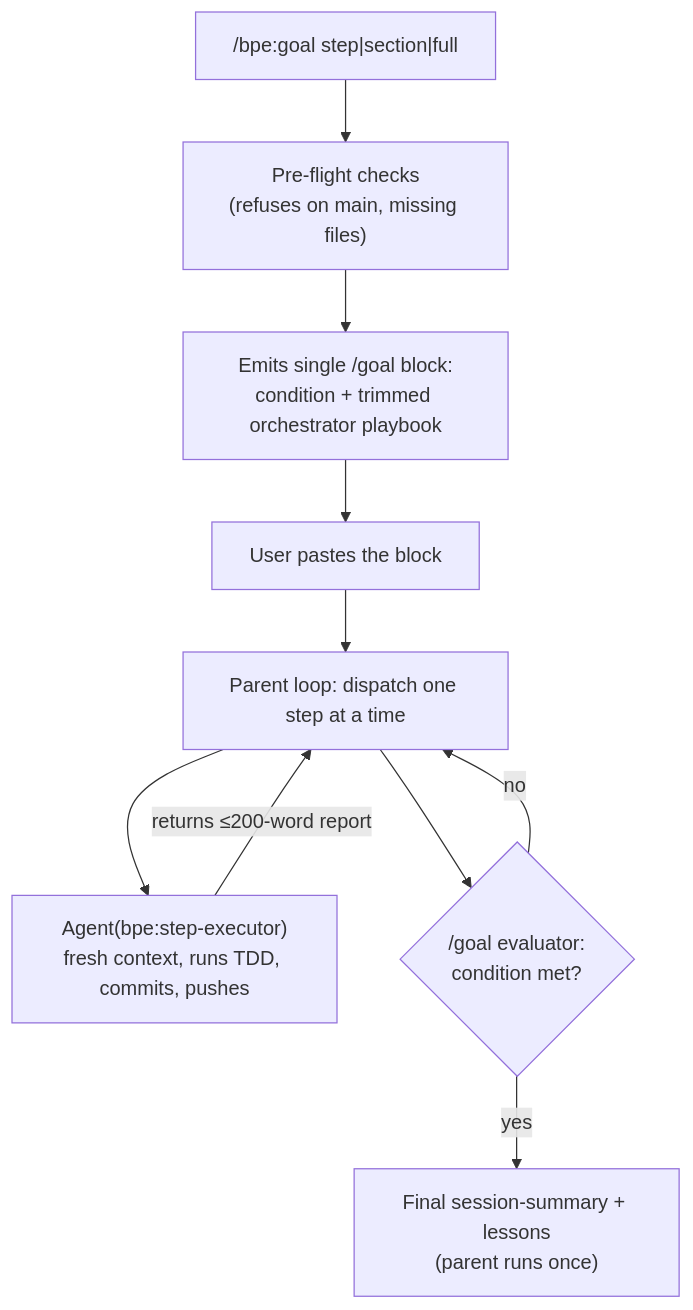
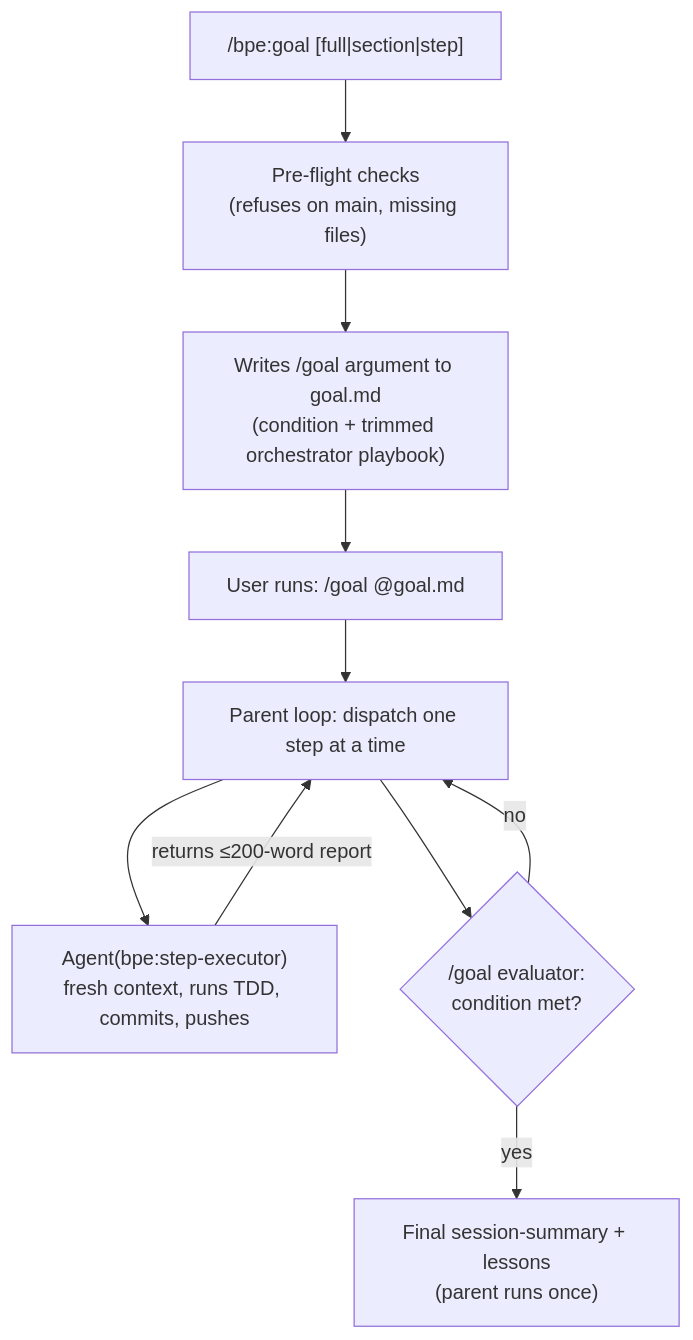
One commit to MasonEgger/claude-code-plugin changed the diagram in bpe/README.md. Above: the diagram before and after it, drawn with Mermaid. The commit also changed other lines of this file and 4 other files, not shown here.

First line of the commit message:
bpe: /bpe:goal writes to goal.md, defaults to full (0.4.8) (#13)

````diff
--- a/bpe/README.md
+++ b/bpe/README.md
@@ -48,12 +48,12 @@
 ```mermaid
 flowchart TD
-    A["/bpe:goal step|section|full"] --> B["Pre-flight checks<br/>(refuses on main, missing files)"]
-    B --> C["Emits single /goal block:<br/>condition + trimmed orchestrator playbook"]
-    C --> D["User pastes the block"]
+    A["/bpe:goal [full|section|step]"] --> B["Pre-flight checks<br/>(refuses on main, missing files)"]
+    B --> C["Writes /goal argument to goal.md<br/>(condition + trimmed orchestrator playbook)"]
+    C --> D["User runs: /goal @goal.md"]
     D --> E["Parent loop: dispatch one step at a time"]
     E --> F["Agent(bpe:step-executor)<br/>fresh context, runs TDD, commits, pushes"]
     F -->|"returns ≤200-word report"| E
     E --> G{"/goal evaluator:<br/>condition met?"}
     G -->|no| E
     G -->|yes| H["Final session-summary + lessons<br/>(parent runs once)"]
 ```
````
